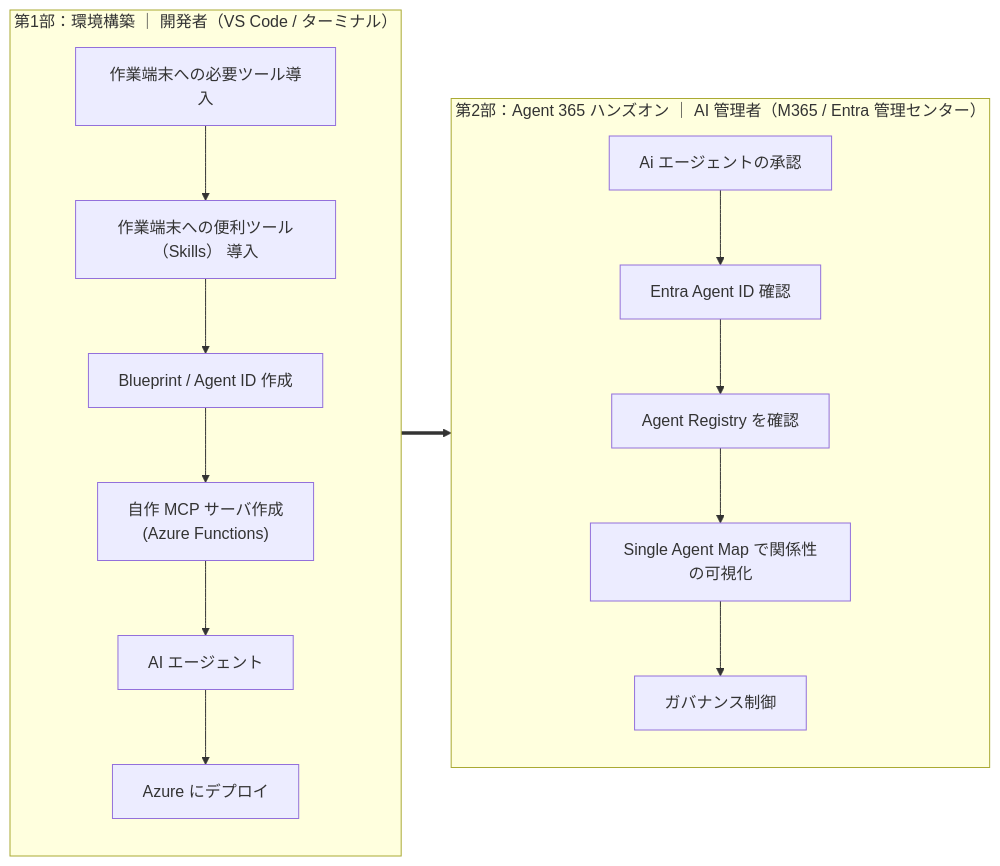
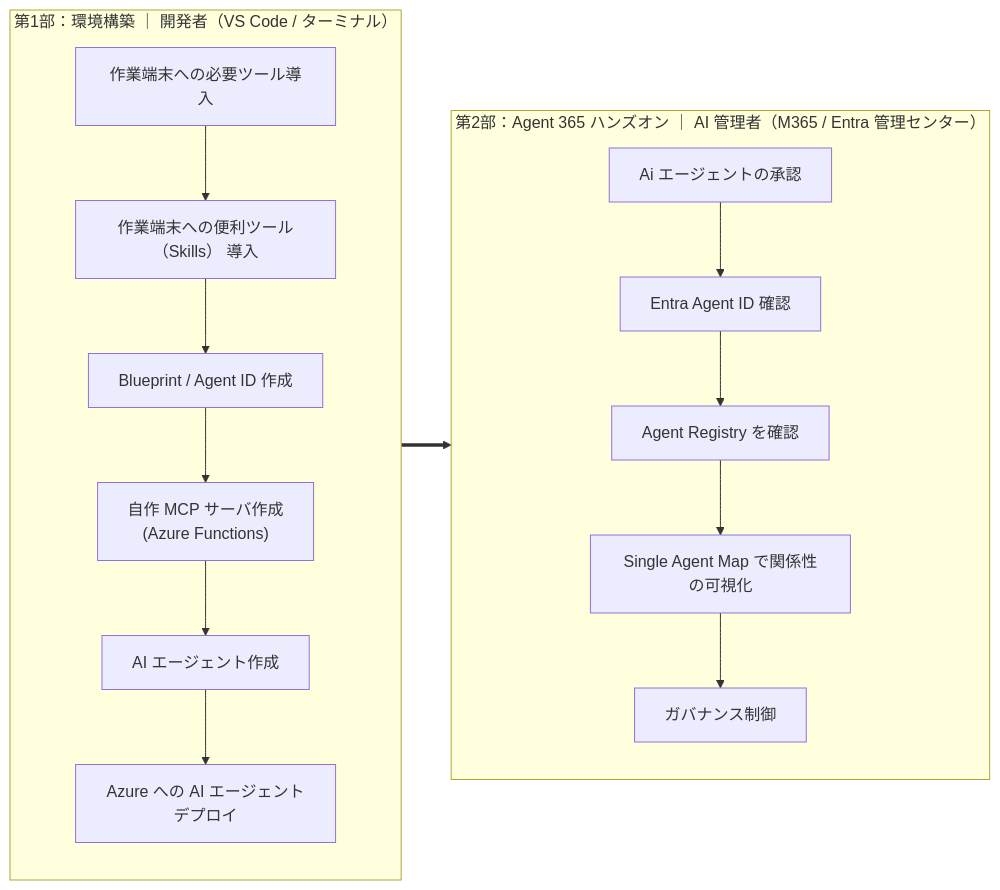
One commit to fatman3110/Agent365-Training changed the diagram in README.MD. Above: the diagram before and after it, drawn with Mermaid. The commit also changed other lines of this file, not shown here.

````diff
--- a/README.MD
+++ b/README.MD
@@ -26,16 +23,16 @@
 ```mermaid
 flowchart LR
     subgraph P1["第1部：環境構築 ｜ 開発者（VS Code / ターミナル）"]
         direction TB
         A1["作業端末への必要ツール導入"] --> A2["作業端末への便利ツール（Skills） 導入"] --> A3["Blueprint / Agent ID 作成"]
-        A3 --> A4["自作 MCP サーバ作成<br/>(Azure Functions)"] --> A5["AI エージェント"]
-        A5 --> A6["Azure にデプロイ"]
+        A3 --> A4["自作 MCP サーバ作成<br/>(Azure Functions)"] --> A5["AI エージェント作成"]
+        A5 --> A6["Azure への AI エージェントデプロイ"]
     end
     subgraph P2["第2部：Agent 365 ハンズオン ｜ AI 管理者（M365 / Entra 管理センター）"]
         direction TB
         B1["Ai エージェントの承認"] --> B2["Entra Agent ID 確認"]
         B2 --> B3["Agent Registry を確認"] --> B4["Single Agent Map で関係性の可視化"]
         B4 --> B5["ガバナンス制御"]
     end
     A6 ==> B1
 ```
````
